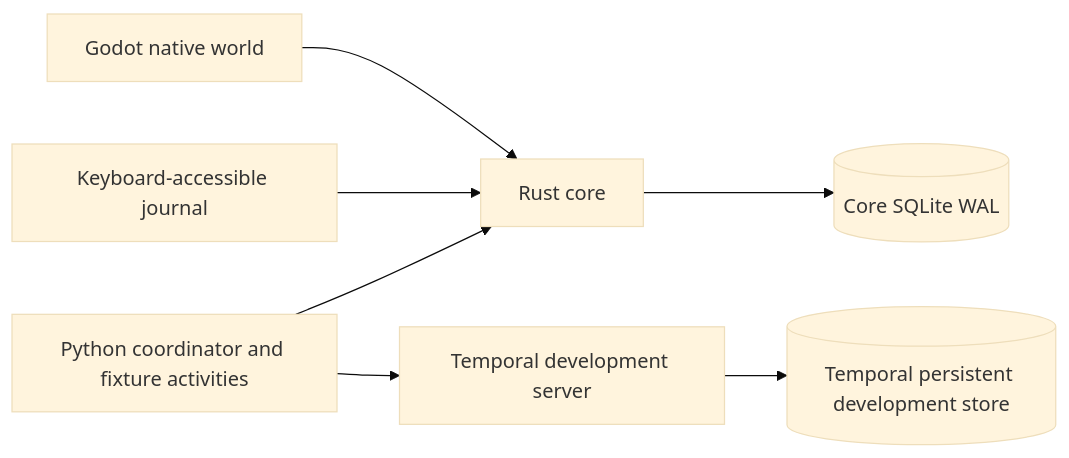
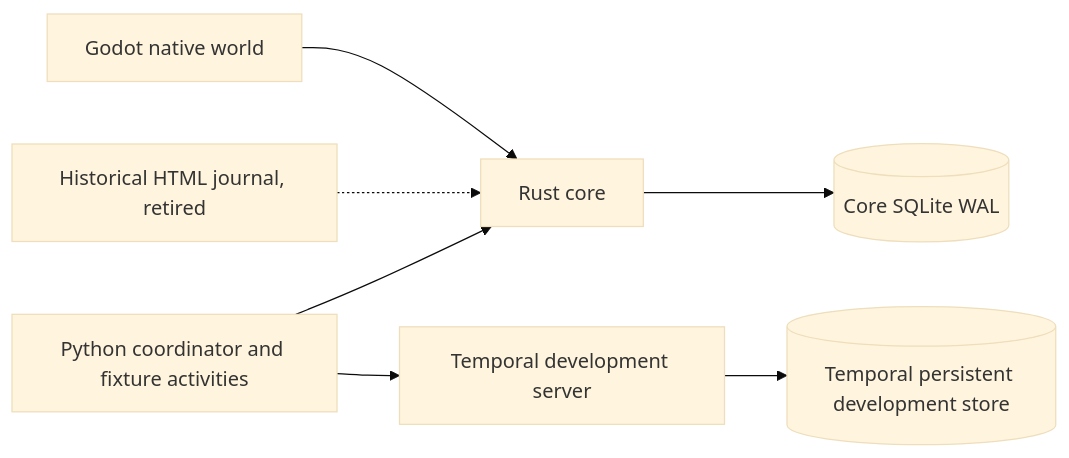
One commit to X-McKay/Starbase2 changed the diagram in docs/architecture.md. Above: the diagram before and after it, drawn with Mermaid (base theme). The commit also changed other lines of this file and 6 other files, not shown here.

````diff
--- a/docs/architecture.md
+++ b/docs/architecture.md
@@ -24,9 +37,9 @@
 ```mermaid
 flowchart LR
     G[Godot native world] --> C[Rust core]
-    J[Keyboard-accessible journal] --> C
+    J[Historical HTML journal, retired] -.-> C
     P[Python coordinator and fixture activities] --> C
     P --> T[Temporal development server]
     C --> S[(Core SQLite WAL)]
     T --> H[(Temporal persistent development store)]
 ```
````
